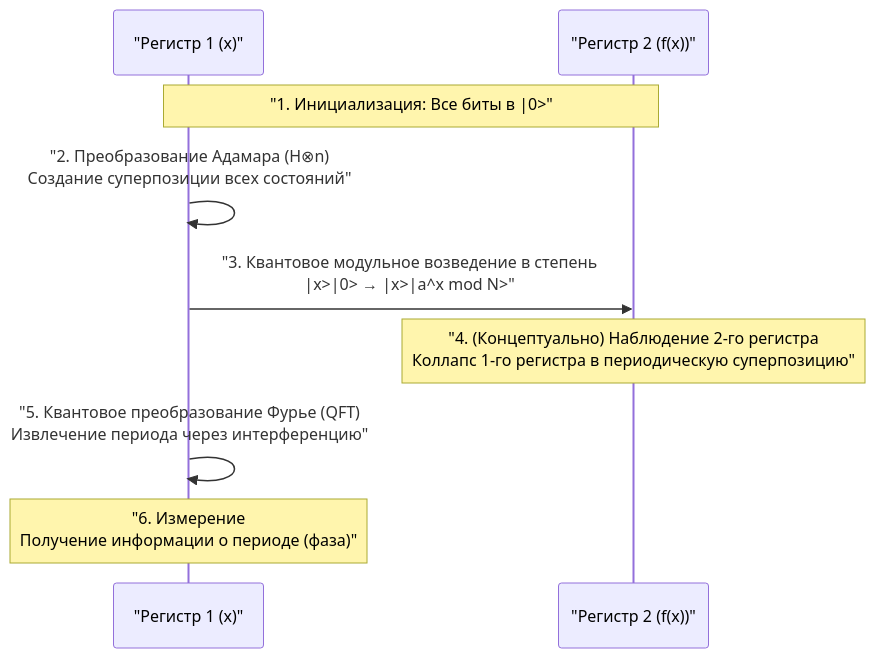
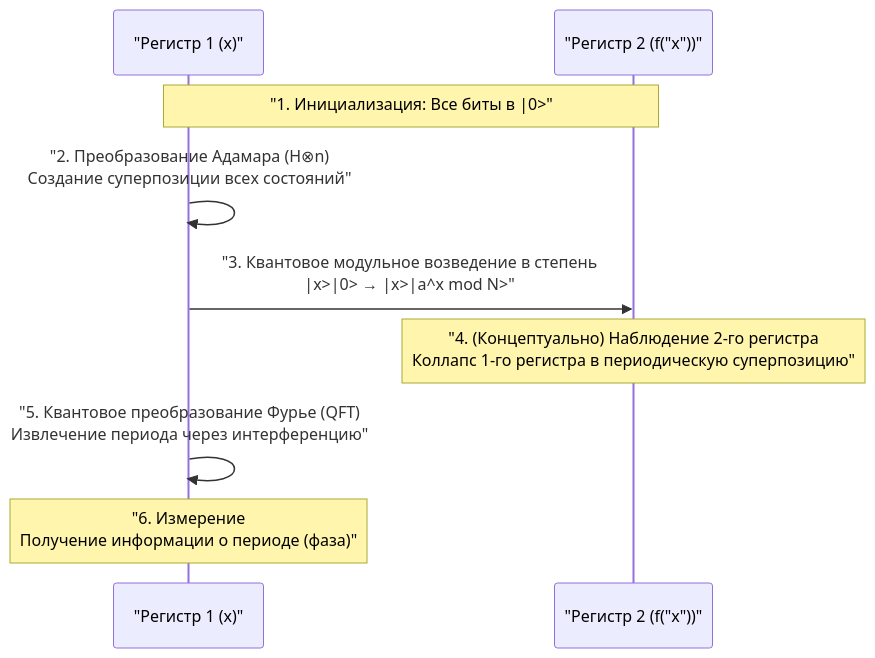
Before and after one commit to kenjinote/blog: the second of 2 diagrams in content/post/quantum-computing-shors-algorithm/index.ru.md, drawn with Mermaid. The commit also changed other lines of this file and 929 other files, not shown here.

Commit message:
fix: Add double quotes to all Mermaid node texts to resolve syntax errors

````diff
--- a/content/post/quantum-computing-shors-algorithm/index.ru.md
+++ b/content/post/quantum-computing-shors-algorithm/index.ru.md
@@ -197,12 +197,12 @@
 ```mermaid
 sequenceDiagram
     participant Q_Reg1 as "Регистр 1 (x)"
-    participant Q_Reg2 as "Регистр 2 (f(x))"
+    participant Q_Reg2 as "Регистр 2 (f("x"))"
     
     Note over Q_Reg1,Q_Reg2: "1. Инициализация: Все биты в |0>"
     Q_Reg1->>Q_Reg1: "2. Преобразование Адамара (H⊗n) <br/>Создание суперпозиции всех состояний"
     Q_Reg1->>Q_Reg2: "3. Квантовое модульное возведение в степень <br/> |x>|0> → |x>|a^x mod N>"
     Note over Q_Reg2: "4. (Концептуально) Наблюдение 2-го регистра<br/>Коллапс 1-го регистра в периодическую суперпозицию"
     Q_Reg1->>Q_Reg1: "5. Квантовое преобразование Фурье (QFT)<br/>Извлечение периода через интерференцию"
     Note over Q_Reg1: "6. Измерение<br/>Получение информации о периоде (фаза)"
 ```
````
